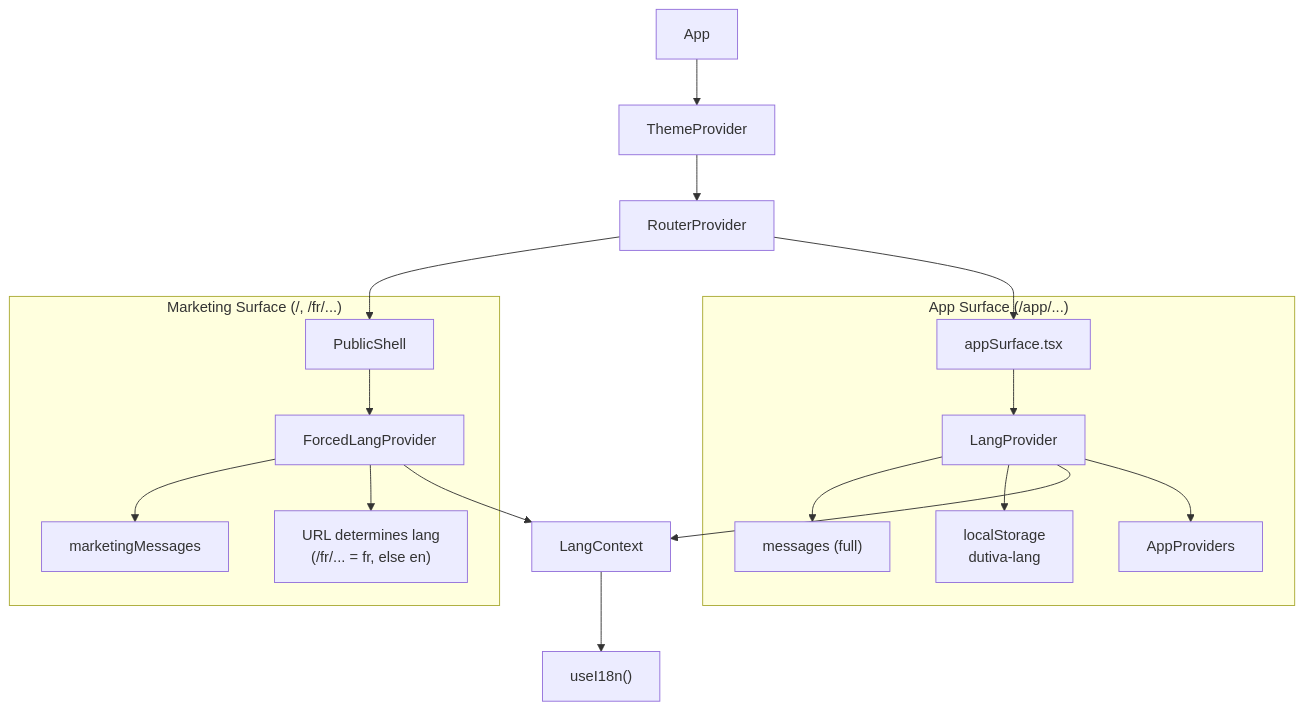
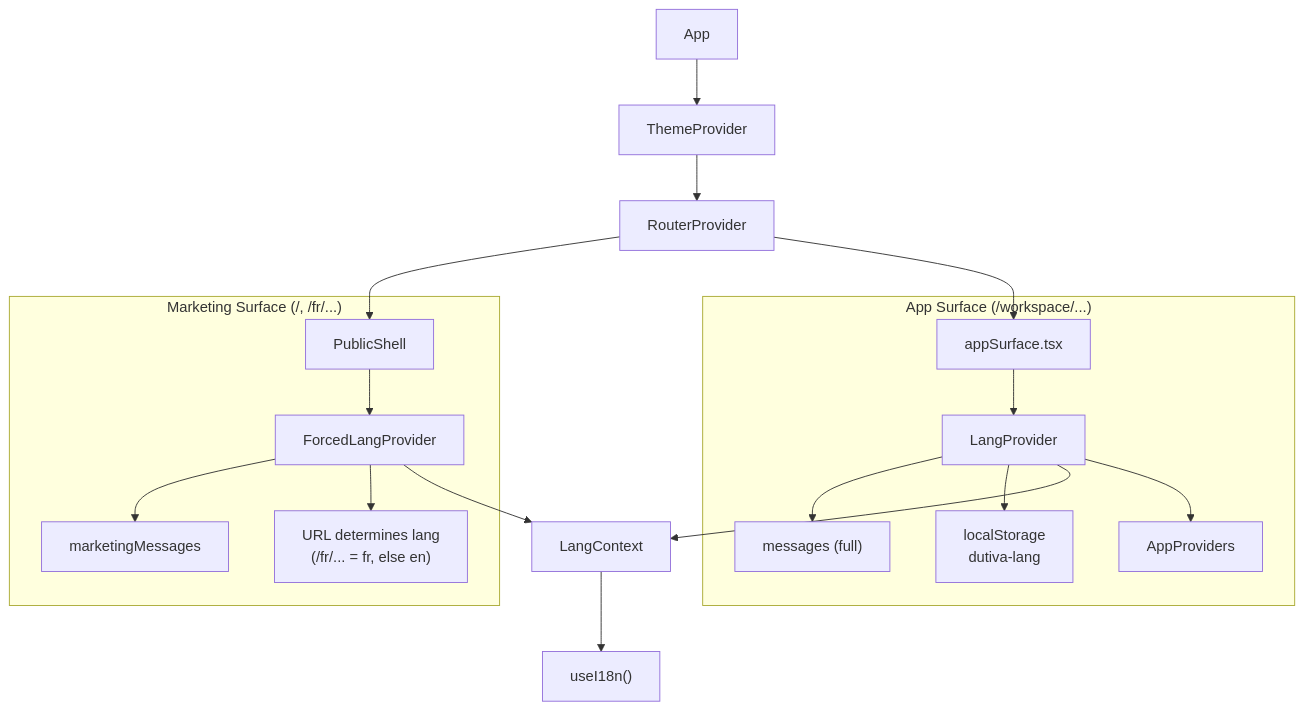
Before and after one commit to Dutiva-Canada/Dutiva_Web: the second of 5 diagrams in docs/wiki/Core-i18n-Types-Providers.md, drawn with Mermaid. The commit also changed other lines of this file and 107 other files, not shown here.

````diff
--- a/docs/wiki/Core-i18n-Types-Providers.md
+++ b/docs/wiki/Core-i18n-Types-Providers.md
@@ -154,41 +154,41 @@
 ```mermaid
 flowchart TD
     App["App"]
     ThemeProvider["ThemeProvider"]
     Router["RouterProvider"]
 
     subgraph MarketingSurface["Marketing Surface (/, /fr/...)"]
         PublicShell["PublicShell"]
         FLP["ForcedLangProvider"]
         MarketingMsg["marketingMessages"]
         URLLang["URL determines lang\n(/fr/... = fr, else en)"]
     end
 
-    subgraph AppSurface["App Surface (/app/...)"]
+    subgraph AppSurface["App Surface (/workspace/...)"]
         AppSurfaceComp["appSurface.tsx"]
         LP["LangProvider"]
         WorkspaceMsg["messages (full)"]
         LocalStorageLang["localStorage\ndutiva-lang"]
         AppProviders["AppProviders"]
     end
 
     LangCtx["LangContext"]
     useI18nHook["useI18n()"]
 
     App --> ThemeProvider --> Router
     Router --> PublicShell
     Router --> AppSurfaceComp
 
     PublicShell --> FLP
     FLP --> MarketingMsg
     FLP --> URLLang
     FLP --> LangCtx
 
     AppSurfaceComp --> LP
     LP --> WorkspaceMsg
     LP --> LocalStorageLang
     LP --> LangCtx
     LP --> AppProviders
 
     LangCtx --> useI18nHook
 ```
````
